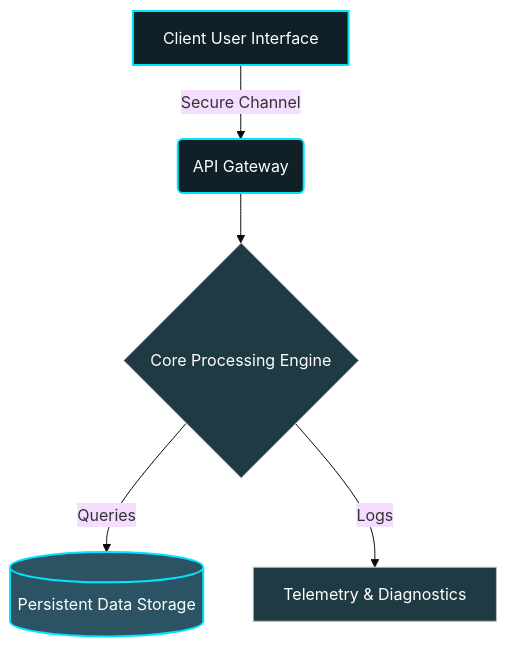
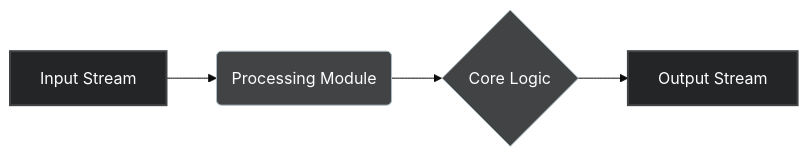
Before and after one commit to Nytrynox/AI-Self-Evolving-Learning-Agent: the diagram in README.md, drawn with Mermaid (base theme). The commit also changed other lines of this file, not shown here.

````diff
--- a/README.md
+++ b/README.md
@@ -32,16 +31,12 @@
 ```mermaid
-graph TD;
-    A[Client User Interface] -->|Secure Channel| B(API Gateway);
-    B --> C{Core Processing Engine};
-    C -->|Queries| D[(Persistent Data Storage)];
-    C -->|Logs| E[Telemetry & Diagnostics];
+graph LR;
+    A[Input Stream] --> B(Processing Module);
+    B --> C{Core Logic};
+    C --> D[Output Stream];
     
-    classDef primary fill:#0f2027,stroke:#00e5ff,stroke-width:2px,color:#fff;
-    classDef secondary fill:#203a43,stroke:#b0bec5,stroke-width:1px,color:#fff;
-    classDef database fill:#2c5364,stroke:#00e5ff,stroke-width:2px,color:#fff;
+    classDef primary fill:#232526,stroke:#414345,stroke-width:2px,color:#fff;
+    classDef secondary fill:#414345,stroke:#b0bec5,stroke-width:1px,color:#fff;
     
-    class A,B primary;
-    class C secondary;
-    class D database;
-    class E secondary;
+    class A,D primary;
+    class B,C secondary;
 ```
````
